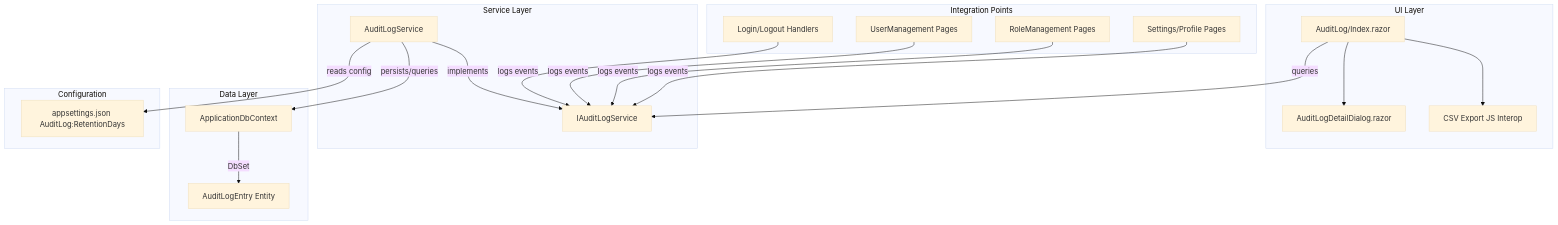
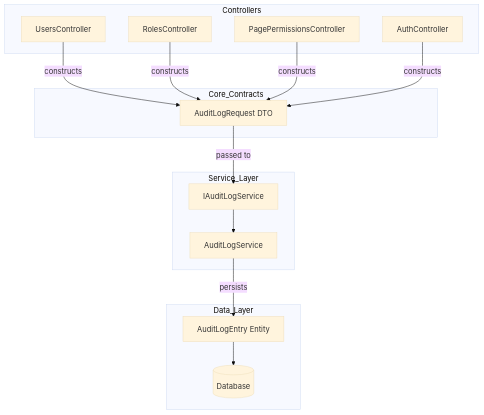
One commit to KGYeow/AspireWebAppTemplate changed the diagram in docs/features/audit-log/design.md. Above: the diagram before and after it, drawn with Mermaid (base theme). The commit also changed other lines of this file and 30 other files, not shown here.

````diff
--- a/docs/features/audit-log/design.md
+++ b/docs/features/audit-log/design.md
@@ -17,39 +15,33 @@
 ```mermaid
 graph TD
-    subgraph UI Layer
-        A[AuditLog/Index.razor] --> B[AuditLogDetailDialog.razor]
-        A --> C[CSV Export JS Interop]
+    subgraph Controllers
+        UC[UsersController]
+        RC[RolesController]
+        PC[PagePermissionsController]
+        AC[AuthController]
     end
 
-    subgraph Service Layer
-        D[IAuditLogService]
-        E[AuditLogService]
-        E -->|implements| D
+    subgraph Core_Contracts
+        AR[AuditLogRequest DTO]
     end
 
-    subgraph Data Layer
-        F[ApplicationDbContext]
-        G[AuditLogEntry Entity]
-        F -->|DbSet| G
+    subgraph Service_Layer
+        IAS[IAuditLogService]
+        AS[AuditLogService]
     end
 
-    subgraph Integration Points
-        H[Login/Logout Handlers]
-        I[UserManagement Pages]
-        J[RoleManagement Pages]
-        K[Settings/Profile Pages]
+    subgraph Data_Layer
+        ALE[AuditLogEntry Entity]
+        DB[(Database)]
     end
 
-    A -->|queries| D
-    H -->|logs events| D
-    I -->|logs events| D
-    J -->|logs events| D
-    K -->|logs events| D
-    E -->|persists/queries| F
+    UC -->|constructs| AR
+    RC -->|constructs| AR
+    PC -->|constructs| AR
+    AC -->|constructs| AR
 
-    subgraph Configuration
-        L[appsettings.json AuditLog:RetentionDays]
-    end
-
-    E -->|reads config| L
+    AR -->|passed to| IAS
+    IAS --> AS
+    AS -->|persists| ALE
+    ALE --> DB
 ```
````
